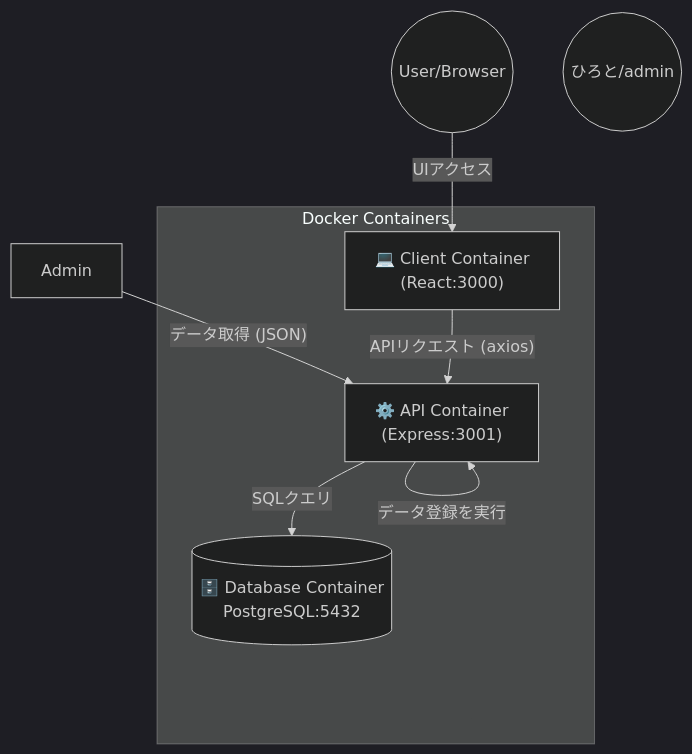
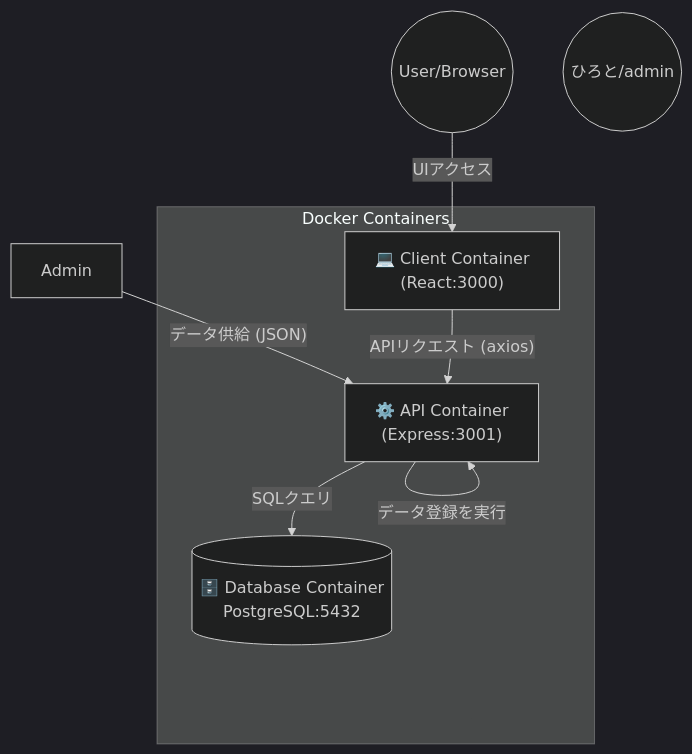
The diagram in README.md (ieuko/Team-Ohtani), drawn with Mermaid (dark theme) before and after one commit.

````diff
--- a/README.md
+++ b/README.md
@@ -10,18 +10,18 @@
 ```mermaid
 graph TD
     User((User/Browser))
 
     admin((ひろと/admin))
     
     subgraph "Docker Containers"
         Client["💻 Client Container<br/>(React:3000)"]
         API["⚙️ API Container<br/>(Express:3001)"]
         DB[("🗄️ Database Container<br/>PostgreSQL:5432")]
     end
 
     User -- "UIアクセス" --> Client
-    Admin -- "データ取得 (JSON)" --> API
+    Admin -- "データ供給 (JSON)" --> API
     Client -- "APIリクエスト (axios)" --> API
     API -- "SQLクエリ" --> DB
     API -- "データ登録を実行" --> API
 ```
````
